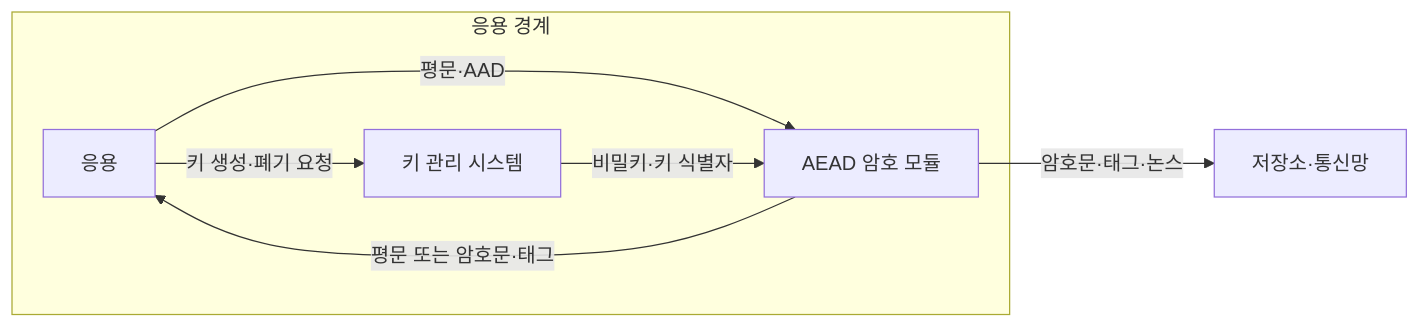
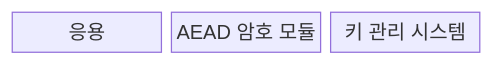
Before and after one commit to agnusdei1207/knowledge-base: the first of 2 diagrams in src/content/docs/notes/05-security/001_symmetric_encryption.md, drawn with Mermaid. The commit also changed other lines of this file and 22 other files, not shown here.

````diff
--- a/src/content/docs/notes/05-security/001_symmetric_encryption.md
+++ b/src/content/docs/notes/05-security/001_symmetric_encryption.md
@@ -63,13 +65,7 @@
 ```mermaid
-flowchart LR
-    subgraph APP["응용 경계"]
-        A["응용"]
-        C["AEAD 암호 모듈"]
-        K["키 관리 시스템"]
-        A -->|"평문·AAD"| C
-        K -->|"비밀키·키 식별자"| C
-        C -->|"평문 또는 암호문·태그"| A
-    end
-    A -->|"키 생성·폐기 요청"| K
-    C -->|"암호문·태그·논스"| X["저장소·통신망"]
+block-beta
+    columns 3
+    A["응용"]
+    B["AEAD 암호 모듈"]
+    C["키 관리 시스템"]
 ```
````
